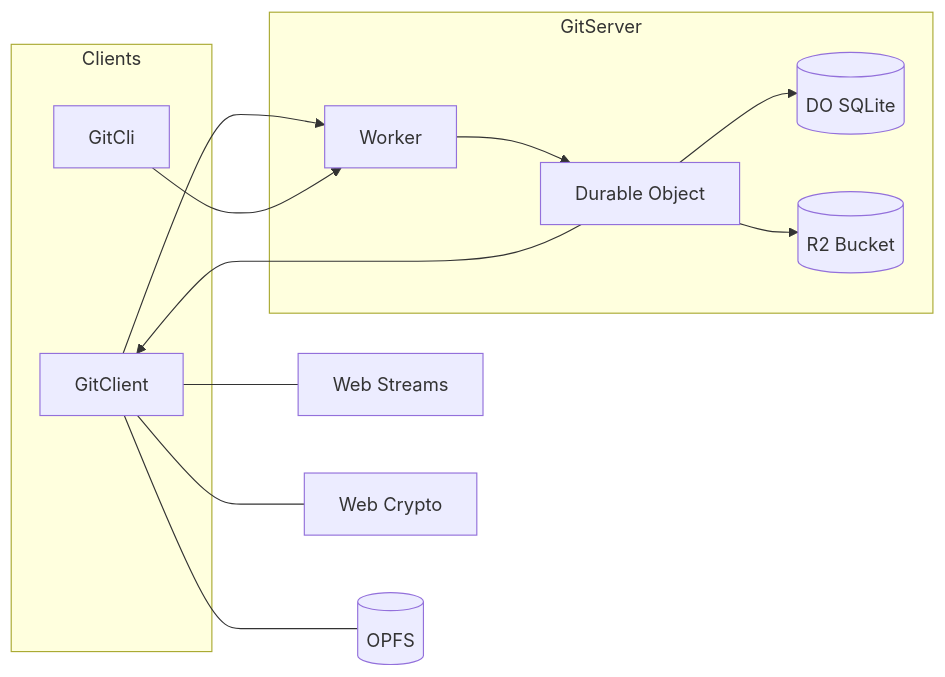
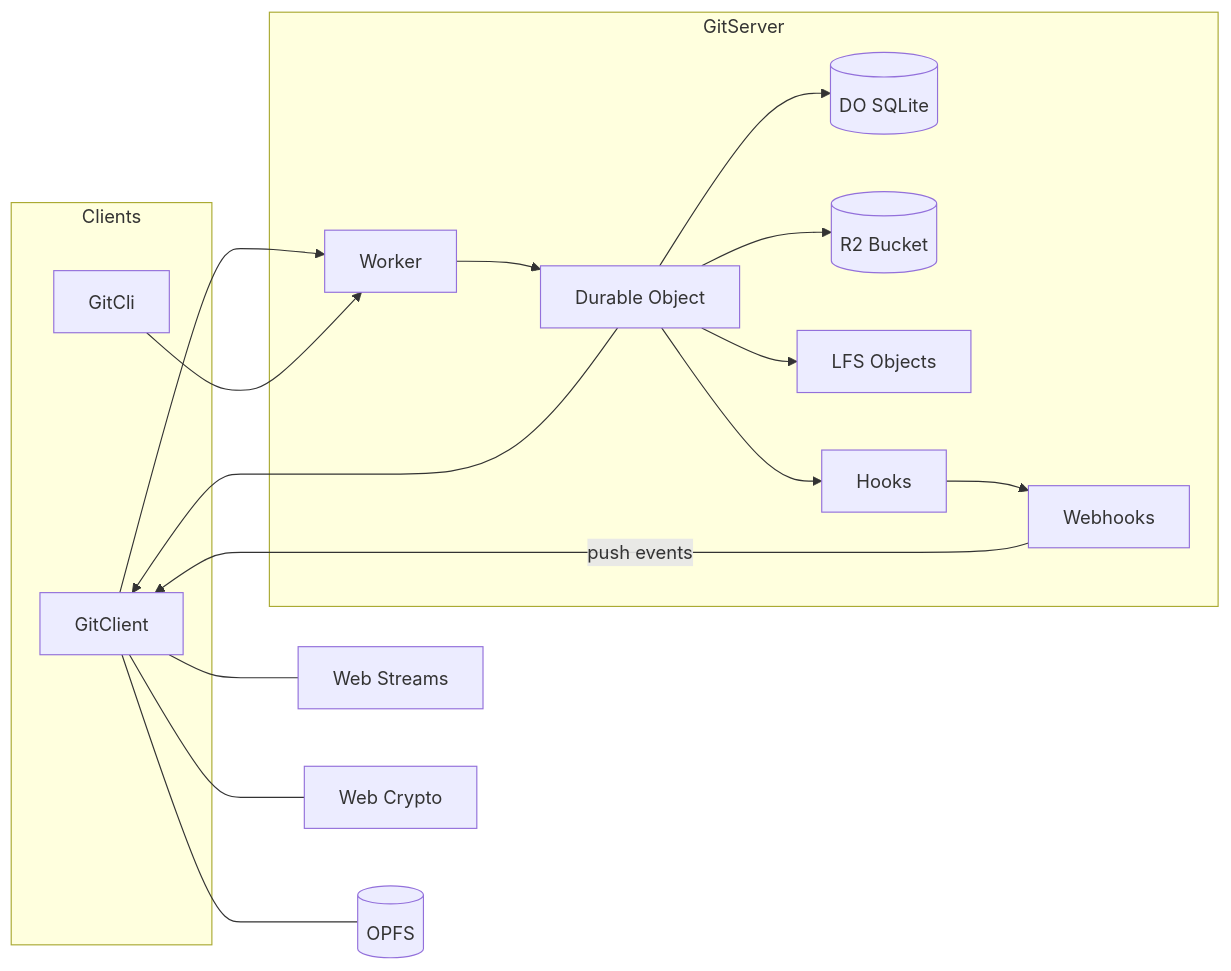
The diagram in readme.md (chr33s/git), drawn with Mermaid before and after one commit. The commit also changed other lines of this file, not shown here.

````diff
--- a/readme.md
+++ b/readme.md
@@ -16,29 +16,36 @@
 ```mermaid
 flowchart LR
 	subgraph Clients
 		GC[GitClient]
 		CLI[GitCli]
 	end
 
 	subgraph GitServer
 		W[Worker]
 		S[Durable Object]
 		DB[(DO SQLite)]
 		R2[(R2 Bucket)]
+		LFS[LFS Objects]
+		HK[Hooks]
+		WH[Webhooks]
 	end
 
 	GC --> W
 	CLI --> W
 	W --> S
 	S --> GC
 	S --> DB
 	S --> R2
+	S --> LFS
+	S --> HK
+	HK --> WH
+	WH -->|push events| GC
 
 	%% Browser Web APIs used by GitClient
 	Streams[Web Streams]
 	Crypto[Web Crypto]
 	OPFS[(OPFS)]
 	GC --- Streams
 	GC --- Crypto
 	GC --- OPFS
 ```
````
